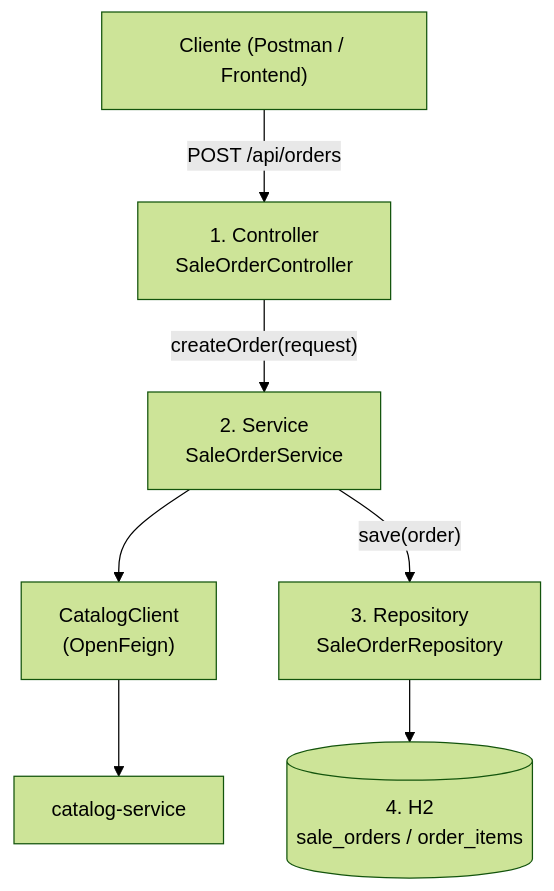
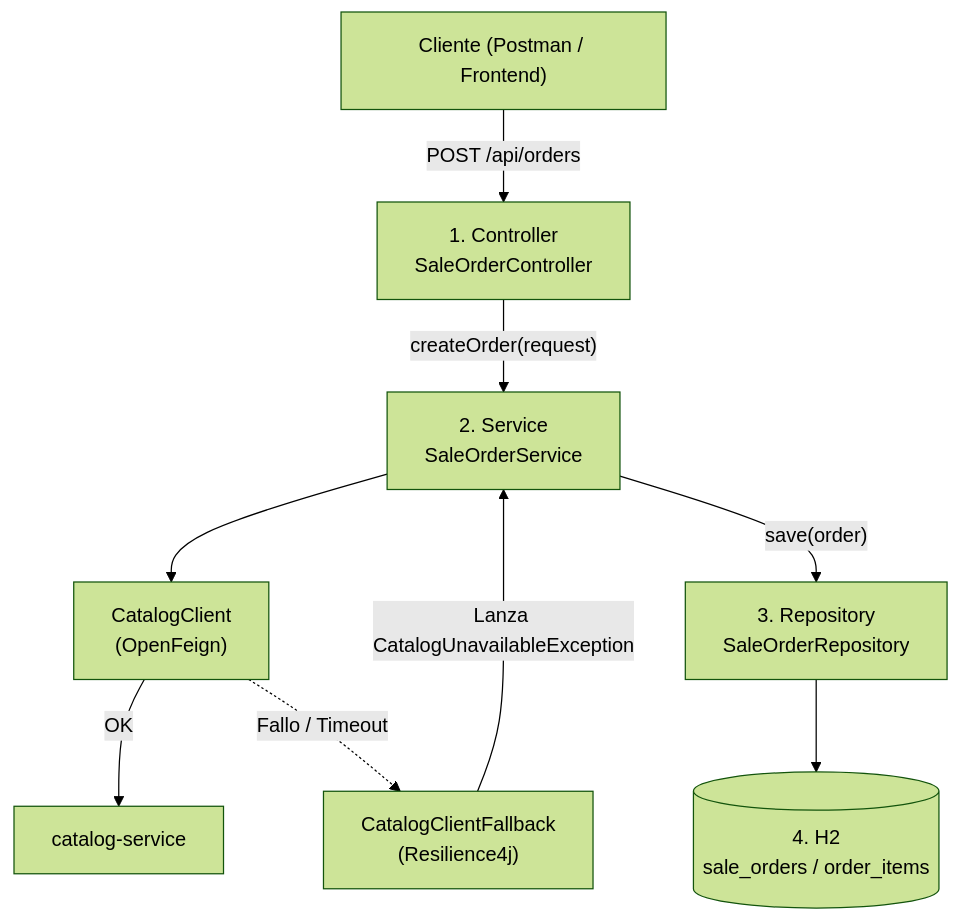
The second of 4 diagrams in README.md (Alger125/sales-service), drawn with Mermaid (forest theme) before and after one commit. The commit also changed other lines of this file, not shown here.

Commit message:
docs(sales): document resilience4j circuit breaker, feign fallback and 503 error responses

````diff
--- a/README.md
+++ b/README.md
@@ -137,15 +127,19 @@
 ```mermaid
 flowchart TB
     C["Cliente (Postman / Frontend)"]
     CTRL["1. Controller<br/>SaleOrderController"]
     SVC["2. Service<br/>SaleOrderService"]
     FEIGN["CatalogClient<br/>(OpenFeign)"]
+    FALLBACK["CatalogClientFallback<br/>(Resilience4j)"]
     REPO["3. Repository<br/>SaleOrderRepository"]
     DB[("4. H2<br/>sale_orders / order_items")]
     CAT["catalog-service"]
 
     C -->|"POST /api/orders"| CTRL
     CTRL -->|"createOrder(request)"| SVC
-    SVC --> FEIGN --> CAT
+    SVC --> FEIGN
+    FEIGN -->|"OK"| CAT
+    FEIGN -.->|"Fallo / Timeout"| FALLBACK
+    FALLBACK -->|"Lanza CatalogUnavailableException"| SVC
     SVC -->|"save(order)"| REPO --> DB
 ```
````
